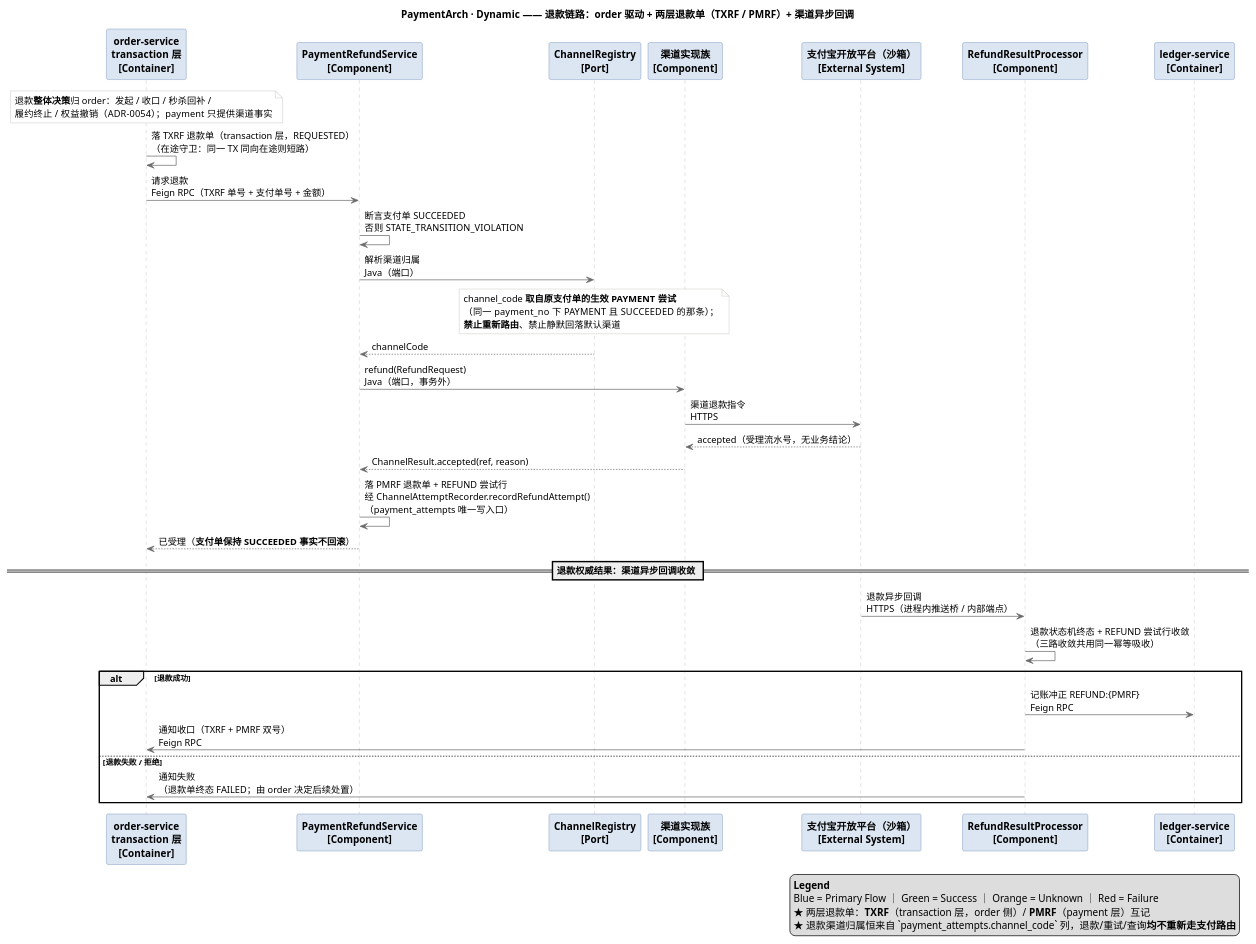
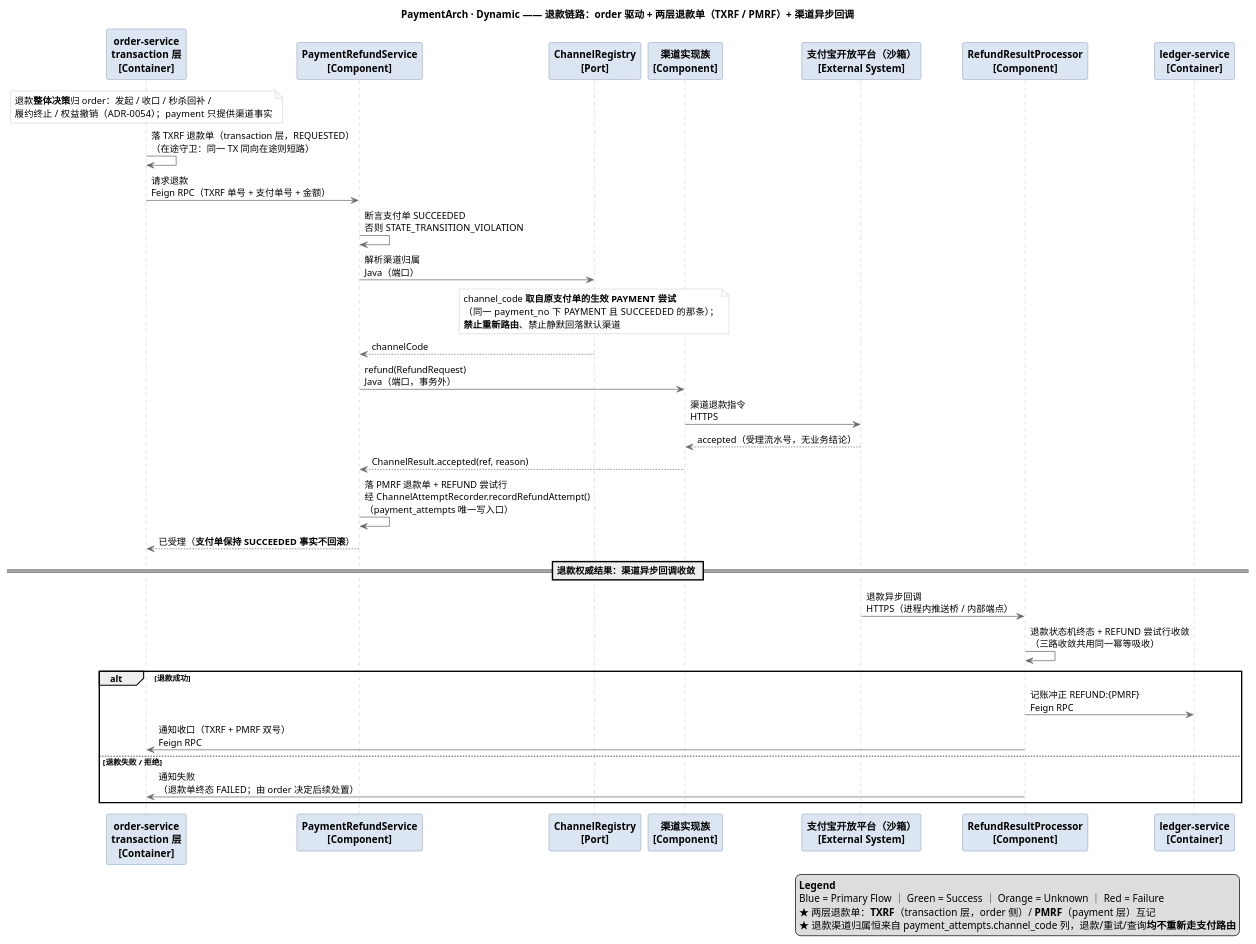
The diagram in docs/architecture/diagrams/06-refund-flow.puml (ckcky/Payment), drawn with PlantUML before and after one commit. The commit also changed 28 other files, not shown here.

First line of the commit message:
docs(governance): 治理 v1 收尾——C4 架构图 8 组产物回填 + System Design 15 章骨架落地

```diff
--- a/docs/architecture/diagrams/06-refund-flow.puml
+++ b/docs/architecture/diagrams/06-refund-flow.puml
@@ -1,71 +1,71 @@
 @startuml
 ' PaymentArch · 06 Refund Flow（C4 Dynamic）
 ' SOURCE OF TRUTH = 本 .puml；同目录 06-refund-flow.svg 为渲染产物，禁止手工编辑。
 ' 渲染：java -jar deployment/output/tools/plantuml.jar -tsvg -o <目标目录> docs/architecture/diagrams/06-refund-flow.puml
 ' 规范：docs/standards/diagram-standard.md
 ' 依据：payment-service.md §4.3 / §8；ADR-0054 / 0067 / 0072；spec 019 / 016
 title PaymentArch · Dynamic —— 退款链路：order 驱动 + 两层退款单（TXRF / PMRF）+ 渠道异步回调
 
 skinparam shadowing false
 skinparam defaultFontName "Microsoft YaHei"
 skinparam ArrowThickness 1
 skinparam sequence {
   ArrowColor #6B6B6B
   LifeLineBorderColor #B4B2A9
   ParticipantBorderColor #5B7DA8
   ParticipantBackgroundColor #DCE6F2
   ParticipantFontStyle bold
 }
 skinparam NoteBackgroundColor #FFFFFF
 skinparam NoteBorderColor #B4B2A9
 
 participant "order-service\ntransaction 层\n[Container]" as O
 participant "PaymentRefundService\n[Component]" as RF
 participant "ChannelRegistry\n[Port]" as REG
 participant "渠道实现族\n[Component]" as I
 participant "支付宝开放平台（沙箱）\n[External System]" as AL
 participant "RefundResultProcessor\n[Component]" as RP
 participant "ledger-service\n[Container]" as L
 
 note over O
   退款**整体决策**归 order：发起 / 收口 / 秒杀回补 /
   履约终止 / 权益撤销（ADR-0054）；payment 只提供渠道事实
 end note
 
 O -> O : 落 TXRF 退款单（transaction 层，REQUESTED）\n（在途守卫：同一 TX 同向在途则短路）
 O -> RF : 请求退款\nFeign RPC（TXRF 单号 + 支付单号 + 金额）
 
 RF -> RF : 断言支付单 SUCCEEDED\n否则 STATE_TRANSITION_VIOLATION
 RF -> REG : 解析渠道归属\nJava（端口）
 note over REG
   channel_code **取自原支付单的生效 PAYMENT 尝试**
   （同一 payment_no 下 PAYMENT 且 SUCCEEDED 的那条）；
   **禁止重新路由**、禁止静默回落默认渠道
 end note
 REG --> RF : channelCode
 
 RF -> I : refund(RefundRequest)\nJava（端口，事务外）
 I -> AL : 渠道退款指令\nHTTPS
 AL --> I : accepted（受理流水号，无业务结论）
 I --> RF : ChannelResult.accepted(ref, reason)
 RF -> RF : 落 PMRF 退款单 + REFUND 尝试行\n经 ChannelAttemptRecorder.recordRefundAttempt()\n（payment_attempts 唯一写入口）
 RF --> O : 已受理（**支付单保持 SUCCEEDED 事实不回滚**）
 
 == 退款权威结果：渠道异步回调收敛 ==
 AL -> RP : 退款异步回调\nHTTPS（进程内推送桥 / 内部端点）
 RP -> RP : 退款状态机终态 + REFUND 尝试行收敛\n（三路收敛共用同一幂等吸收）
 alt 退款成功
   RP -> L : 记账冲正 REFUND:{PMRF}\nFeign RPC
   RP -> O : 通知收口（TXRF + PMRF 双号）\nFeign RPC
 else 退款失败 / 拒绝
   RP -> O : 通知失败\n（退款单终态 FAILED；由 order 决定后续处置）
 end
 
 legend right
   **Legend**
   Blue = Primary Flow ｜ Green = Success ｜ Orange = Unknown ｜ Red = Failure
   ★ 两层退款单：**TXRF**（transaction 层，order 侧）/ **PMRF**（payment 层）互记
-  ★ 退款渠道归属恒来自 `payment_attempts.channel_code` 列，退款/重试/查询**均不重新走支付路由**
+  ★ 退款渠道归属恒来自 payment_attempts.channel_code 列，退款/重试/查询**均不重新走支付路由**
 endlegend
 
 @enduml
```
